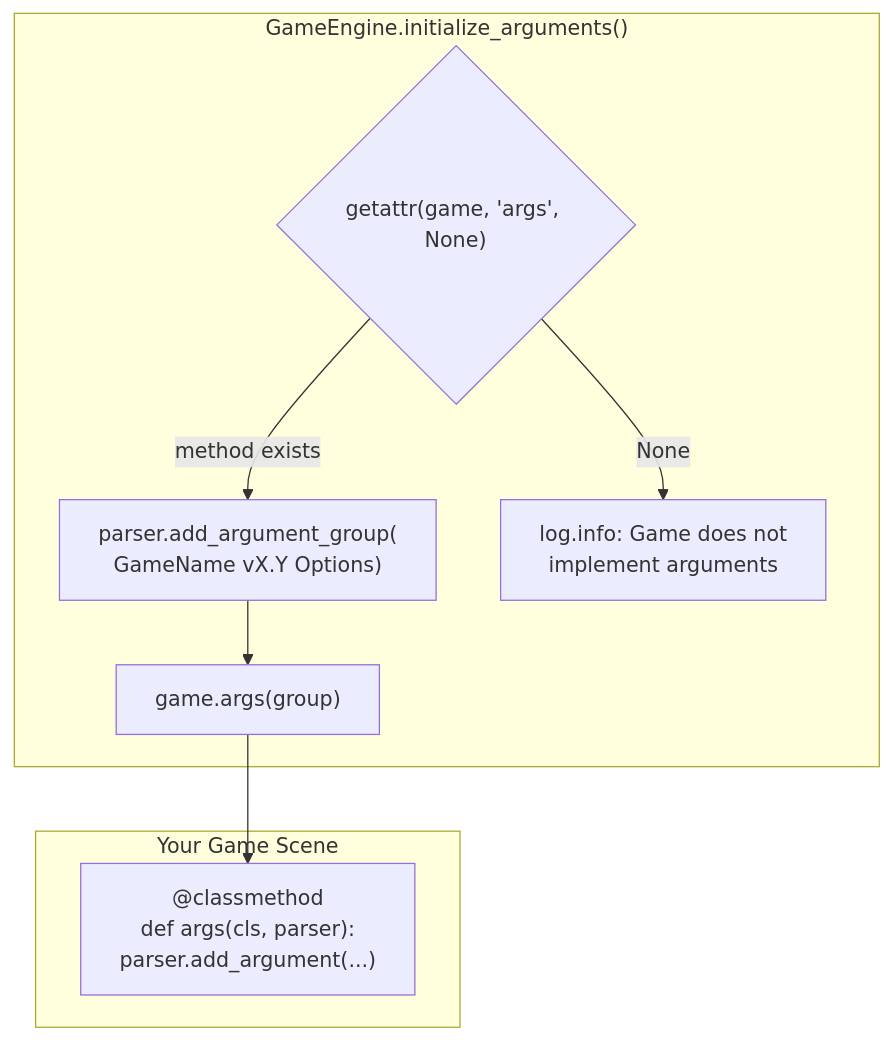
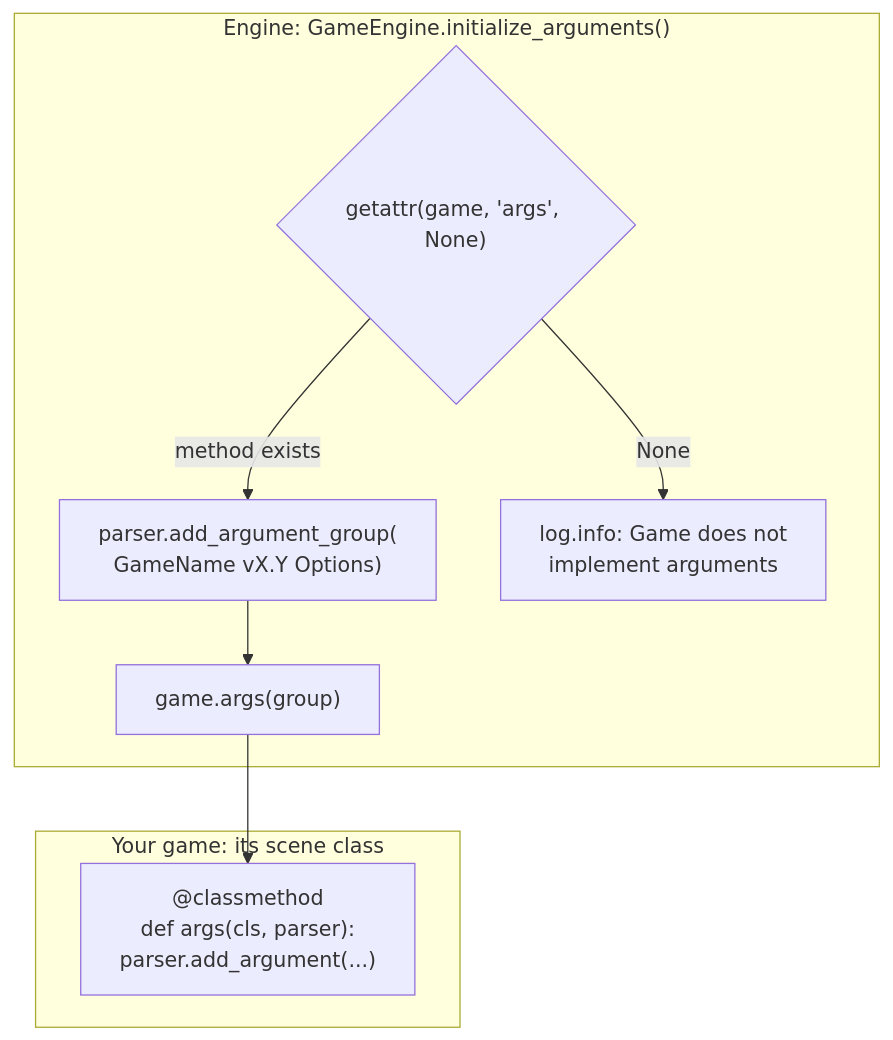
One commit to terrysimons/glitchygames changed the third of 4 diagrams in docs/architecture/argument_system.md. Above: the diagram before and after it, drawn with Mermaid. The commit also changed other lines of this file and 571 other files, not shown here.

````diff
--- a/docs/architecture/argument_system.md
+++ b/docs/architecture/argument_system.md
@@ -170,15 +72,15 @@
 ```mermaid
 flowchart TD
-    subgraph Engine["GameEngine.initialize_arguments()"]
+    subgraph Engine["Engine: GameEngine.initialize_arguments()"]
         CHECK{"getattr(game, 'args', None)"}
         CHECK -->|"method exists"| GROUP["parser.add_argument_group(\nGameName vX.Y Options)"]
         GROUP --> CALL["game.args(group)"]
         CHECK -->|"None"| LOG["log.info: Game does not\nimplement arguments"]
     end
 
-    subgraph GameCode["Your Game Scene"]
+    subgraph GameCode["Your game: its scene class"]
         ARGS["@classmethod\ndef args(cls, parser):\n    parser.add_argument(...)"]
     end
 
     CALL --> ARGS
 ```
````
